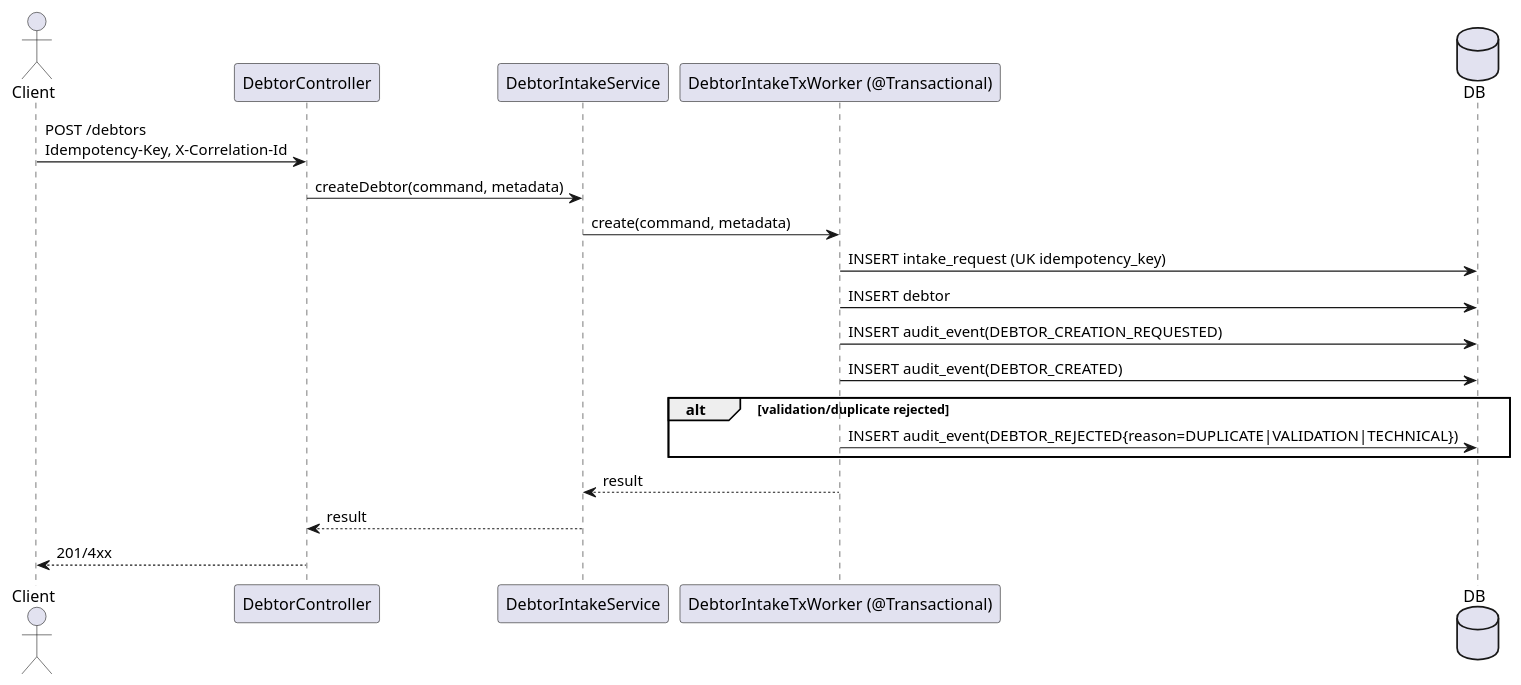
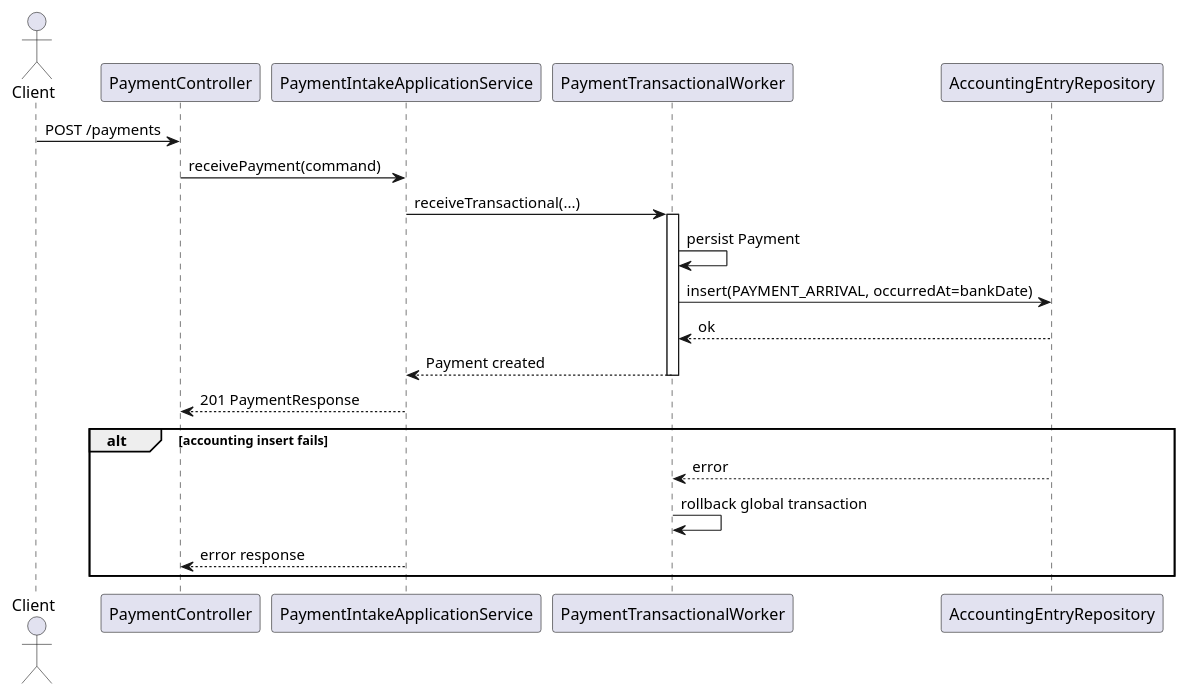
One commit to jfmauro/allocation-better changed the third of 4 diagrams in .opencode/plans/extension-plan.md. Above: the diagram before and after it, drawn with PlantUML. The commit also changed other lines of this file and 39 other files, not shown here.

````diff
--- a/.opencode/plans/extension-plan.md
+++ b/.opencode/plans/extension-plan.md
@@ -160,23 +211,26 @@
 ```plantuml
 @startuml
 actor Client
-participant DebtorController
-participant DebtorIntakeService
-participant DebtorIntakeTxWorker as "DebtorIntakeTxWorker (@Transactional)"
-database DB
+participant "PaymentController" as C
+participant "PaymentIntakeApplicationService" as A
+participant "PaymentTransactionalWorker" as W
+participant "AccountingEntryRepository" as R
 
-Client -> DebtorController: POST /debtors\nIdempotency-Key, X-Correlation-Id
-DebtorController -> DebtorIntakeService: createDebtor(command, metadata)
-DebtorIntakeService -> DebtorIntakeTxWorker: create(command, metadata)
-DebtorIntakeTxWorker -> DB: INSERT intake_request (UK idempotency_key)
-DebtorIntakeTxWorker -> DB: INSERT debtor
-  DebtorIntakeTxWorker -> DB: INSERT audit_event(DEBTOR_CREATION_REQUESTED)
-  DebtorIntakeTxWorker -> DB: INSERT audit_event(DEBTOR_CREATED)
-alt validation/duplicate rejected
-  DebtorIntakeTxWorker -> DB: INSERT audit_event(DEBTOR_REJECTED{reason=DUPLICATE|VALIDATION|TECHNICAL})
+Client -> C: POST /payments
+C -> A: receivePayment(command)
+A -> W: receiveTransactional(...)
+activate W
+W -> W: persist Payment
+W -> R: insert(PAYMENT_ARRIVAL, occurredAt=bankDate)
+R --> W: ok
+W --> A: Payment created
+deactivate W
+A --> C: 201 PaymentResponse
+
+alt accounting insert fails
+  R --> W: error
+  W -> W: rollback global transaction
+  A --> C: error response
 end
-DebtorIntakeTxWorker --> DebtorIntakeService: result
-DebtorIntakeService --> DebtorController: result
-DebtorController --> Client: 201/4xx
 @enduml
 ```
````
